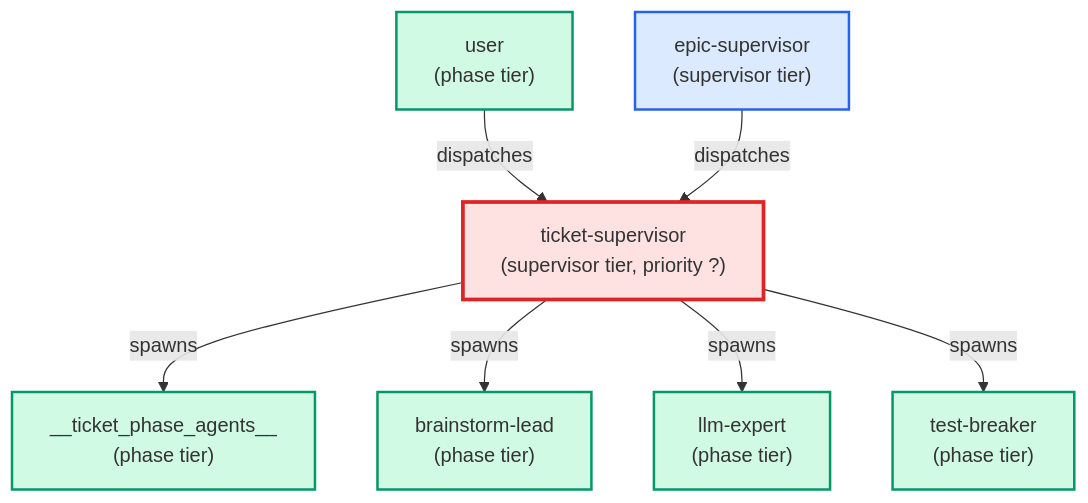
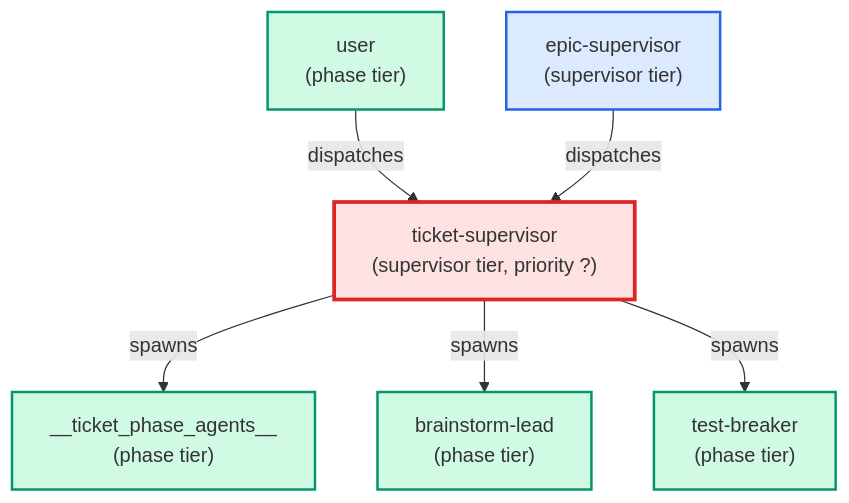
Before and after one commit to urlmonitor/leafcutter-ai: the diagram in docs/agents/cards/ticket-supervisor.card.md, drawn with Mermaid. The commit also changed 39 other files, not shown here.

````diff
--- a/docs/agents/cards/ticket-supervisor.card.md
+++ b/docs/agents/cards/ticket-supervisor.card.md
@@ -54,22 +54,20 @@
 ```mermaid
 flowchart TD
     classDef supervisor fill:#dbeafe,stroke:#2563eb,stroke-width:2px
     classDef phase fill:#d1fae5,stroke:#059669,stroke-width:2px
     classDef utility fill:#f3f4f6,stroke:#4b5563,stroke-width:2px
     classDef target fill:#fee2e2,stroke:#dc2626,stroke-width:3px
 
     user["user\n(phase tier)"]:::phase
     epic_supervisor["epic-supervisor\n(supervisor tier)"]:::supervisor
     ticket_supervisor["ticket-supervisor\n(supervisor tier, priority ?)"]:::target
     __ticket_phase_agents__["__ticket_phase_agents__\n(phase tier)"]:::phase
     brainstorm_lead["brainstorm-lead\n(phase tier)"]:::phase
-    llm_expert["llm-expert\n(phase tier)"]:::phase
     test_breaker["test-breaker\n(phase tier)"]:::phase
 
     user -->|dispatches| ticket_supervisor
     epic_supervisor -->|dispatches| ticket_supervisor
     ticket_supervisor -->|spawns| __ticket_phase_agents__
     ticket_supervisor -->|spawns| brainstorm_lead
-    ticket_supervisor -->|spawns| llm_expert
     ticket_supervisor -->|spawns| test_breaker
 ```
````
